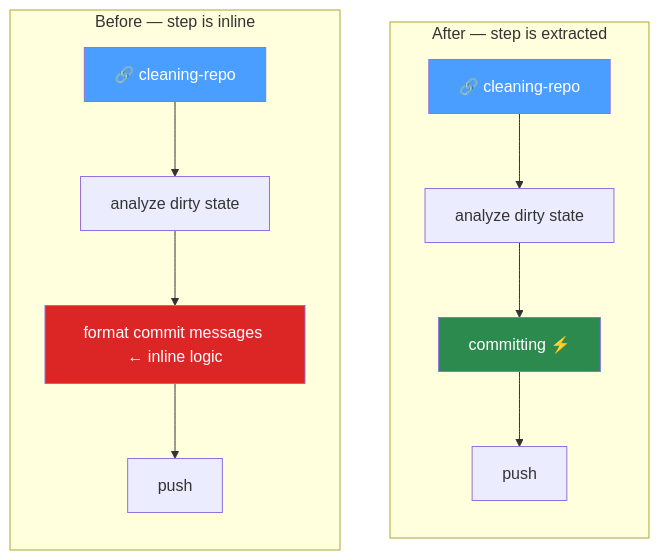
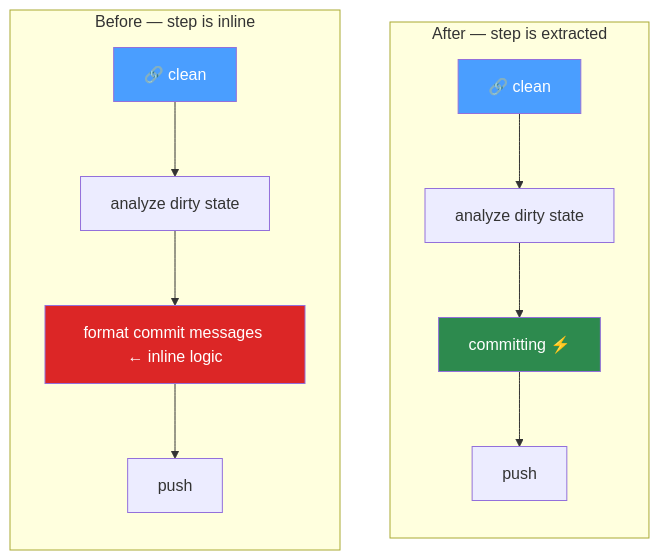
One commit to lucasilverentand/skills changed the seventh of 9 diagrams in docs/SKILL-TAXONOMY.md. Above: the diagram before and after it, drawn with Mermaid. The commit also changed other lines of this file and 304 other files, not shown here.

````diff
--- a/docs/SKILL-TAXONOMY.md
+++ b/docs/SKILL-TAXONOMY.md
@@ -228,23 +228,23 @@
 ```mermaid
 flowchart LR
   subgraph before["Before — step is inline"]
     direction TB
-    W1["🔗 cleaning-repo"] --> S1["analyze dirty state"]
+    W1["🔗 clean"] --> S1["analyze dirty state"]
     S1 --> S2["format commit messages ← inline logic"]
     S2 --> S3["push"]
   end
 
   subgraph after["After — step is extracted"]
     direction TB
-    W2["🔗 cleaning-repo"] --> S4["analyze dirty state"]
+    W2["🔗 clean"] --> S4["analyze dirty state"]
     S4 --> S5["committing ⚡"]
     S5 --> S6["push"]
   end
 
   before ~~~ after
 
   style S2 fill:#dc2626,color:#fff
   style S5 fill:#2d8a4e,color:#fff
   style W1 fill:#4a9eff,color:#fff
   style W2 fill:#4a9eff,color:#fff
 ```
````
